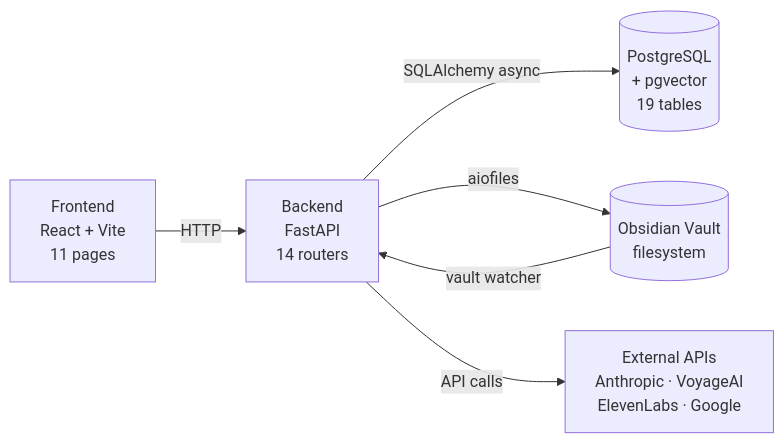
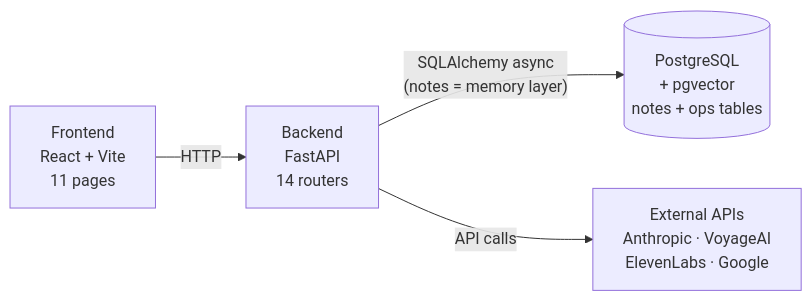
The first of 6 diagrams in docs/ARCHITECTURE.md (yuvanadarsh/meridian), drawn with Mermaid before and after one commit. The commit also changed other lines of this file and 2 other files, not shown here.

First line of the commit message:
chore: update CLAUDE.md, README, and docs/ARCHITECTURE.md

````diff
--- a/docs/ARCHITECTURE.md
+++ b/docs/ARCHITECTURE.md
@@ -18,14 +18,11 @@
 ```mermaid
 flowchart LR
     FE["Frontend\nReact + Vite\n11 pages"]
     BE["Backend\nFastAPI\n14 routers"]
-    DB[("PostgreSQL\n+ pgvector\n19 tables")]
-    OBS[("Obsidian Vault\nfilesystem")]
+    DB[("PostgreSQL\n+ pgvector\nnotes + ops tables")]
     EXT["External APIs\nAnthropic · VoyageAI\nElevenLabs · Google"]
 
     FE -->|"HTTP"| BE
-    BE -->|"SQLAlchemy async"| DB
-    BE -->|"aiofiles"| OBS
-    OBS -->|"vault watcher"| BE
+    BE -->|"SQLAlchemy async\n(notes = memory layer)"| DB
     BE -->|"API calls"| EXT
 ```
````
